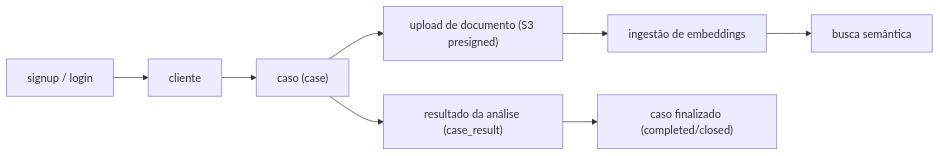
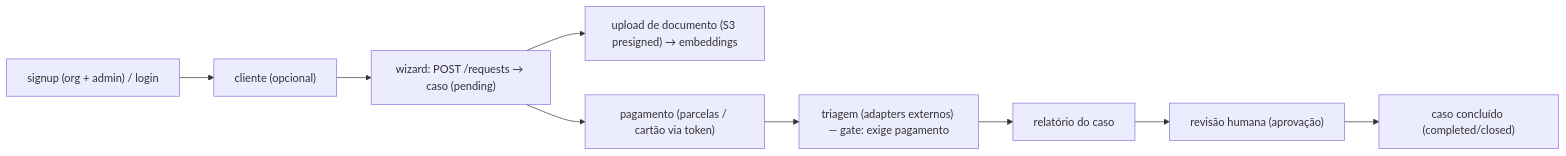
The second of 2 diagrams in README.md (FernandoPeralta199x/LEGALTECH-CONTRATO-VISTO---QUORYA), drawn with Mermaid before and after one commit. The commit also changed other lines of this file, not shown here.

````diff
--- a/README.md
+++ b/README.md
@@ -77,10 +98,11 @@
 ```mermaid
 flowchart LR
-    A["signup / login"] --> B["cliente"]
-    B --> C["caso (case)"]
-    C --> D["upload de documento (S3 presigned)"]
-    D --> E["ingestão de embeddings"]
-    E --> F["busca semântica"]
-    C --> G["resultado da análise (case_result)"]
-    G --> H["caso finalizado (completed/closed)"]
+    A["signup (org + admin) / login"] --> B["cliente (opcional)"]
+    B --> C["wizard: POST /requests → caso (pending)"]
+    C --> D["upload de documento (S3 presigned) → embeddings"]
+    C --> E["pagamento (parcelas / cartão via token)"]
+    E --> F["triagem (adapters externos) — gate: exige pagamento"]
+    F --> G["relatório do caso"]
+    G --> H["revisão humana (aprovação)"]
+    H --> I["caso concluído (completed/closed)"]
 ```
````
